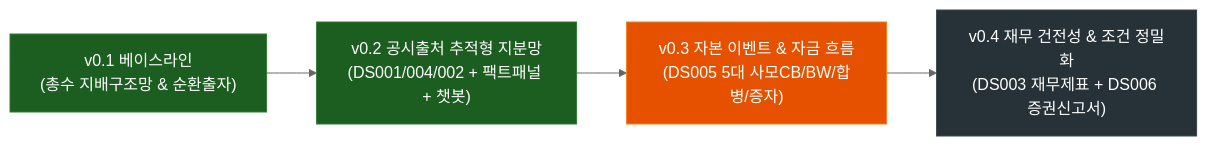
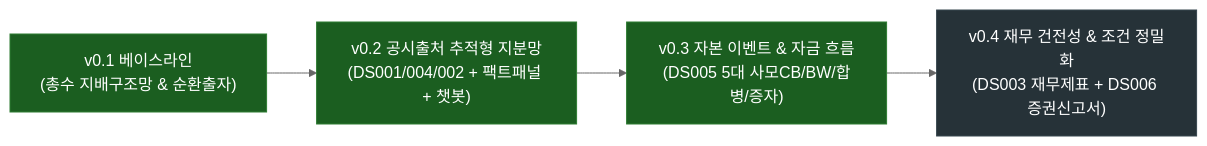
One commit to mycar4/enkoa-practice-knowledge-graph changed the second of 2 diagrams in 내작업폴더/00_DART-Trace_지식그래프_서비스소개서_및_구축엔지니어링_마스터리포트.md. Above: the diagram before and after it, drawn with Mermaid (neutral theme). The commit also changed other lines of this file and 6 other files, not shown here.

````diff
--- a/내작업폴더/00_DART-Trace_지식그래프_서비스소개서_및_구축엔지니어링_마스터리포트.md
+++ b/내작업폴더/00_DART-Trace_지식그래프_서비스소개서_및_구축엔지니어링_마스터리포트.md
@@ -38,13 +38,13 @@
 ```mermaid
 flowchart LR
     classDef done fill:#1b5e20,stroke:#2e7d32,color:#fff;
     classDef dev fill:#e65100,stroke:#f57f17,color:#fff;
     classDef future fill:#263238,stroke:#37474f,color:#fff;
 
     V01["v0.1 베이스라인\n(총수 지배구조망 & 순환출자)"]:::done
     V02["v0.2 공시출처 추적형 지분망\n(DS001/004/002 + 팩트패널 + 챗봇)"]:::done
-    V03["v0.3 자본 이벤트 & 자금 흐름\n(DS005 5대 사모CB/BW/합병/증자)"]:::dev
+    V03["v0.3 자본 이벤트 & 자금 흐름\n(DS005 5대 사모CB/BW/합병/증자)"]:::done
     V04["v0.4 재무 건전성 & 조건 정밀화\n(DS003 재무제표 + DS006 증권신고서)"]:::future
 
     V01 --> V02 --> V03 --> V04
 ```
````
